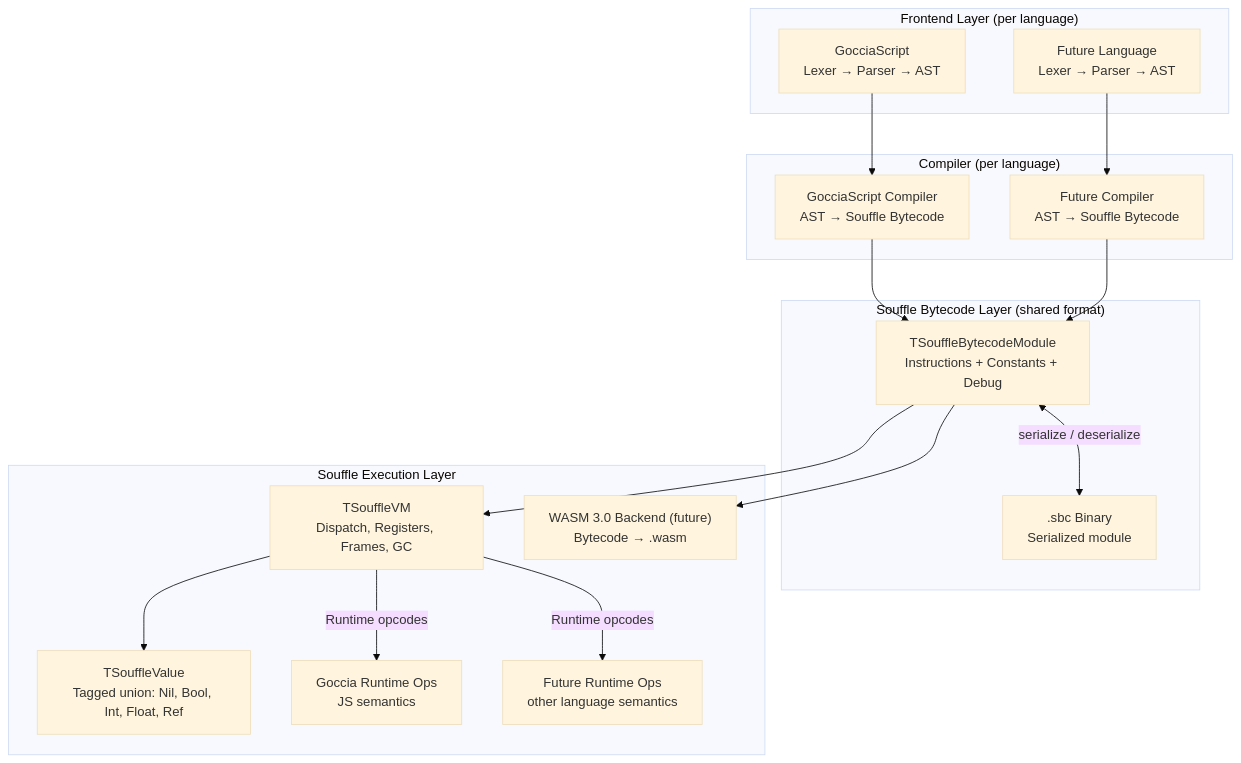
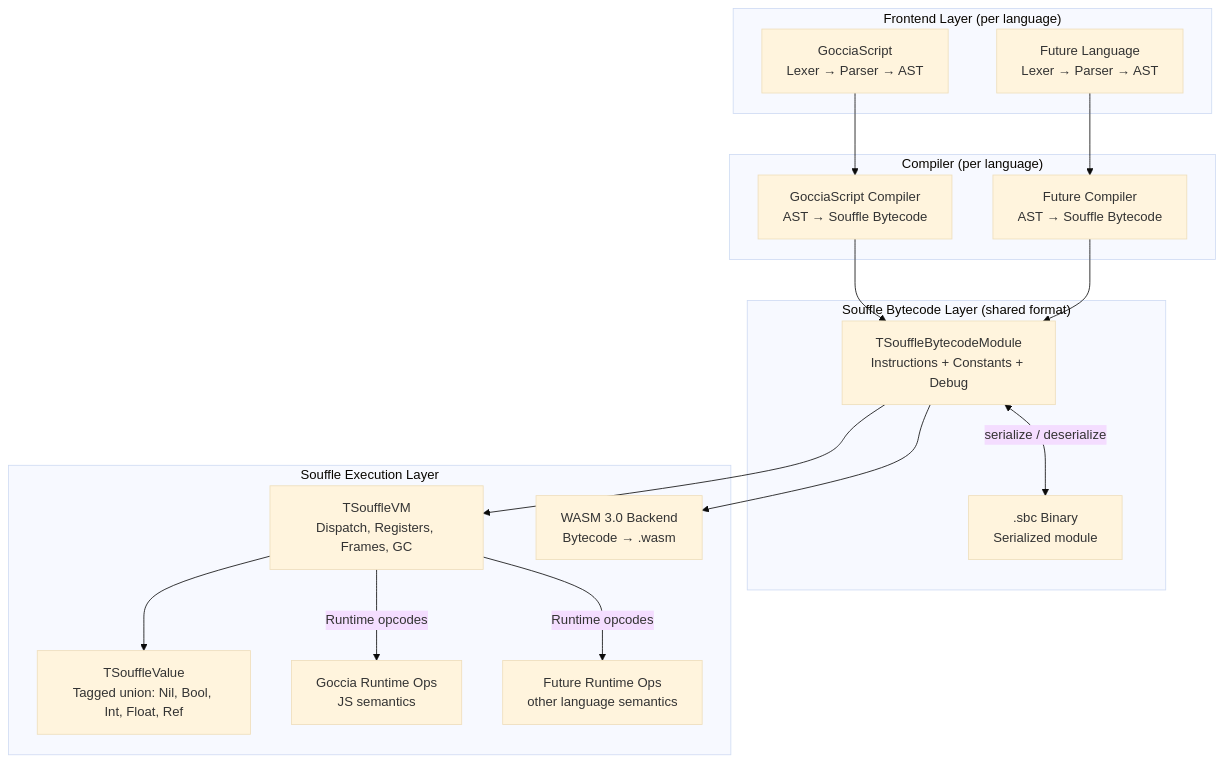
Before and after one commit to frostney/GocciaScript: the diagram in docs/souffle-vm.md, drawn with Mermaid (base theme). The commit also changed other lines of this file and 23 other files, not shown here.

````diff
--- a/docs/souffle-vm.md
+++ b/docs/souffle-vm.md
@@ -11,36 +11,36 @@
 ```mermaid
 graph TD
     subgraph frontends ["Frontend Layer (per language)"]
         GS["GocciaScript<br/>Lexer → Parser → AST"]
         FL["Future Language<br/>Lexer → Parser → AST"]
     end
 
     subgraph compiler ["Compiler (per language)"]
         GSC["GocciaScript Compiler<br/>AST → Souffle Bytecode"]
         FLC["Future Compiler<br/>AST → Souffle Bytecode"]
     end
 
     subgraph bytecodeLayer ["Souffle Bytecode Layer (shared format)"]
         BC["TSouffleBytecodeModule<br/>Instructions + Constants + Debug"]
         BIN[".sbc Binary<br/>Serialized module"]
     end
 
     subgraph execution ["Souffle Execution Layer"]
         VM["TSouffleVM<br/>Dispatch, Registers, Frames, GC"]
         VALS["TSouffleValue<br/>Tagged union: Nil, Bool, Int, Float, Ref"]
         RTJS["Goccia Runtime Ops<br/>JS semantics"]
         RTOTHER["Future Runtime Ops<br/>other language semantics"]
-        WASM["WASM 3.0 Backend (future)<br/>Bytecode → .wasm"]
+        WASM["WASM 3.0 Backend<br/>Bytecode → .wasm"]
     end
 
     GS --> GSC
     FL --> FLC
     GSC --> BC
     FLC --> BC
     BC <-->|"serialize / deserialize"| BIN
     BC --> VM
     BC --> WASM
     VM --> VALS
     VM -->|"Runtime opcodes"| RTJS
     VM -->|"Runtime opcodes"| RTOTHER
 ```
````
